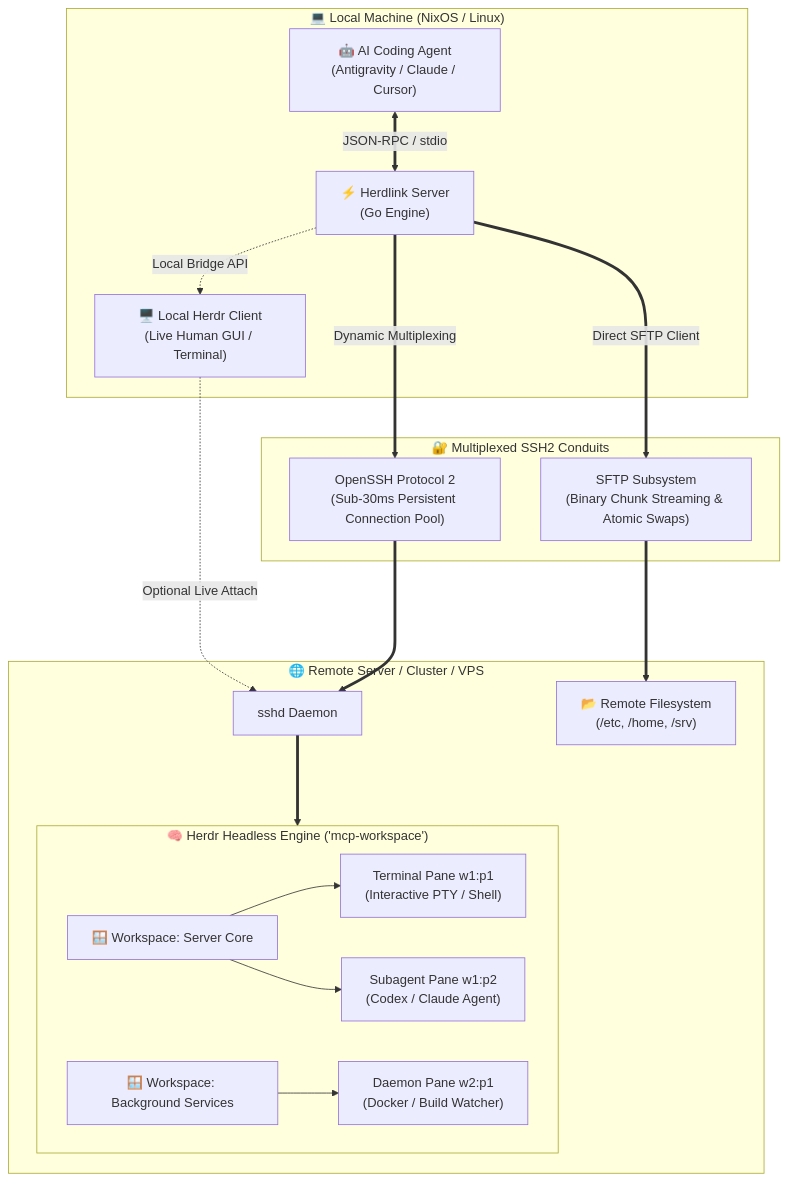
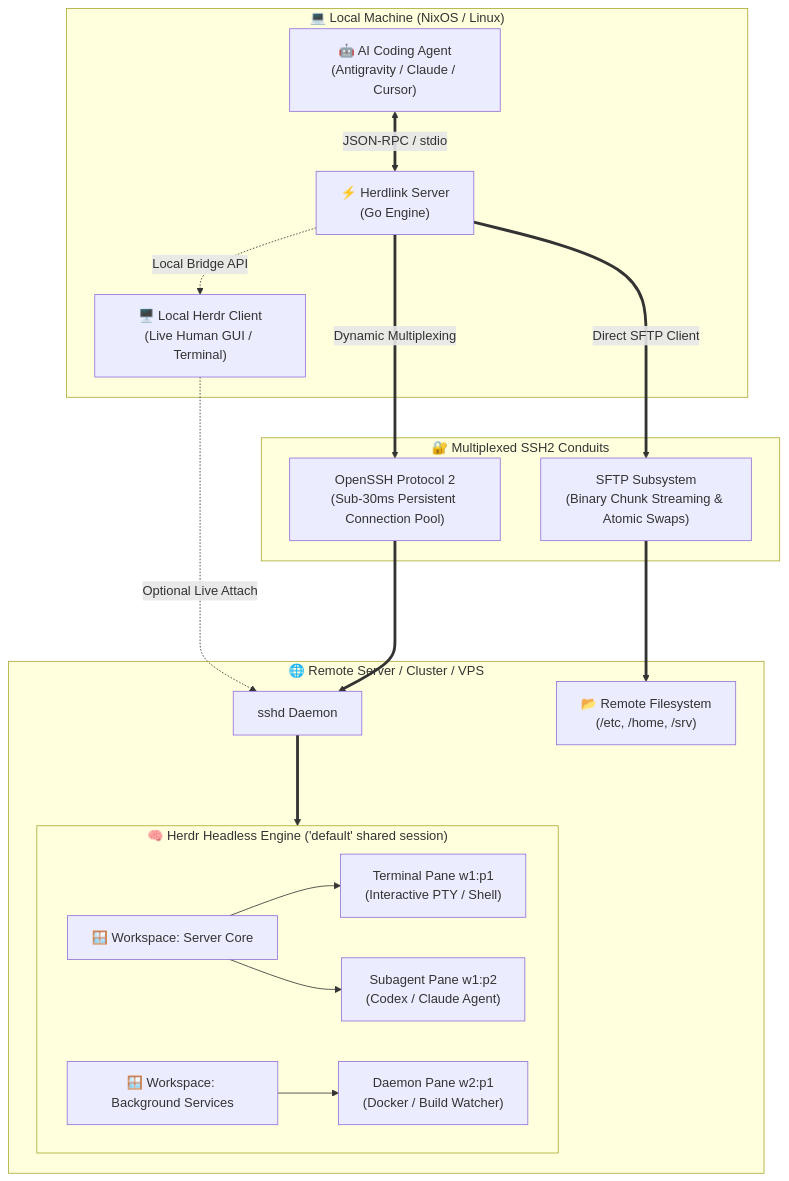
One commit to surtr85/herdlink changed the diagram in README.md. Above: the diagram before and after it, drawn with Mermaid. The commit also changed 1 other file, not shown here.

Commit message:
fix(herdr): ensure empty sessionName defaults to shared default session

````diff
--- a/README.md
+++ b/README.md
@@ -76,44 +76,44 @@
 ```mermaid
 flowchart TD
     subgraph LocalSystem["💻 Local Machine (NixOS / Linux)"]
         Agent["🤖 AI Coding Agent<br/>(Antigravity / Claude / Cursor)"]
         MCP["⚡ Herdlink Server<br/>(Go Engine)"]
         LocalHerdr["🖥️ Local Herdr Client<br/>(Live Human GUI / Terminal)"]
         
         Agent <==>|"JSON-RPC / stdio"| MCP
         MCP -.->|"Local Bridge API"| LocalHerdr
     end
 
     subgraph SecureTunnel["🔐 Multiplexed SSH2 Conduits"]
         SSH["OpenSSH Protocol 2<br/>(Sub-30ms Persistent Connection Pool)"]
         SFTP["SFTP Subsystem<br/>(Binary Chunk Streaming & Atomic Swaps)"]
     end
 
     subgraph RemoteHost["🌐 Remote Server / Cluster / VPS"]
         SSHD["sshd Daemon"]
         
-        subgraph HerdrDaemon["🧠 Herdr Headless Engine ('mcp-workspace')"]
+        subgraph HerdrDaemon["🧠 Herdr Headless Engine ('default' shared session)"]
             Workspace1["🪟 Workspace: Server Core"]
             Workspace2["🪟 Workspace: Background Services"]
             
             Pane1["Terminal Pane w1:p1<br/>(Interactive PTY / Shell)"]
             Pane2["Subagent Pane w1:p2<br/>(Codex / Claude Agent)"]
             Pane3["Daemon Pane w2:p1<br/>(Docker / Build Watcher)"]
         end
         
         Filesystem["📂 Remote Filesystem<br/>(/etc, /home, /srv)"]
     end
 
     MCP ===>|"Dynamic Multiplexing"| SSH
     MCP ===>|"Direct SFTP Client"| SFTP
     
     SSH ===> SSHD
     SSHD ===> HerdrDaemon
     SFTP ===> Filesystem
     
     Workspace1 --> Pane1
     Workspace1 --> Pane2
     Workspace2 --> Pane3
     
     LocalHerdr -.->|"Optional Live Attach"| SSHD
 ```
````
